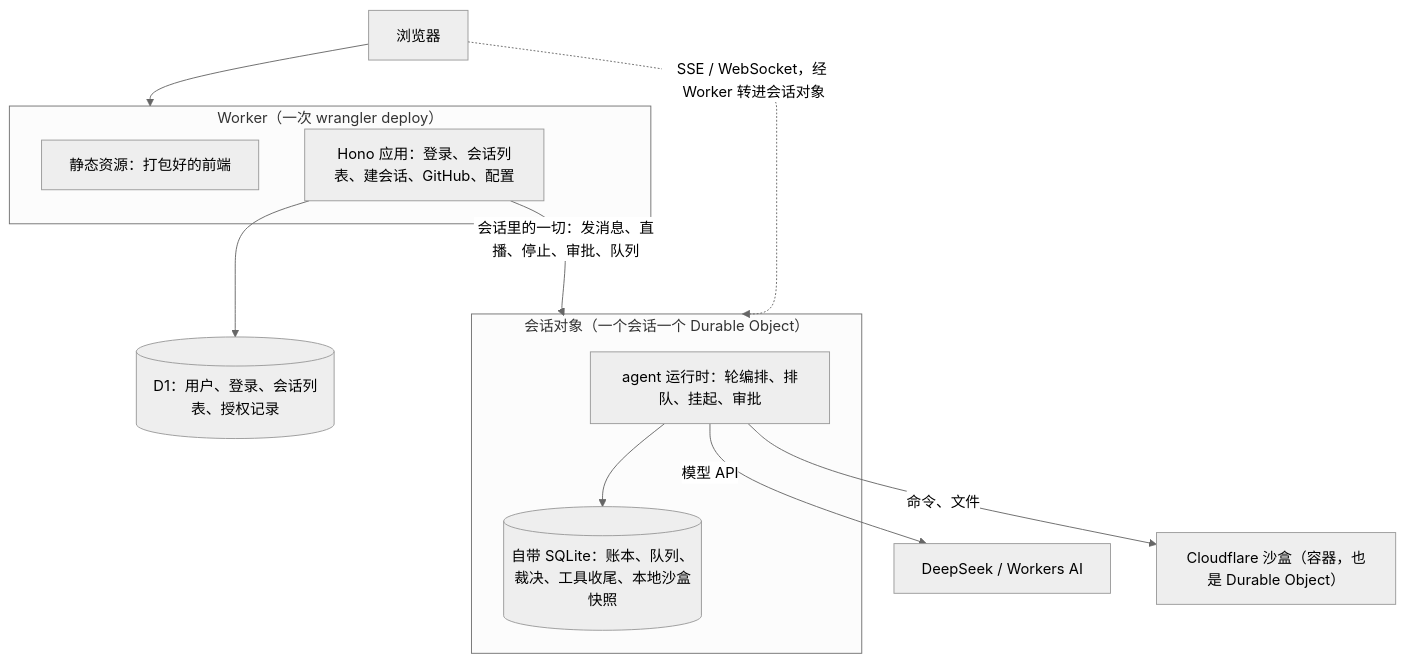
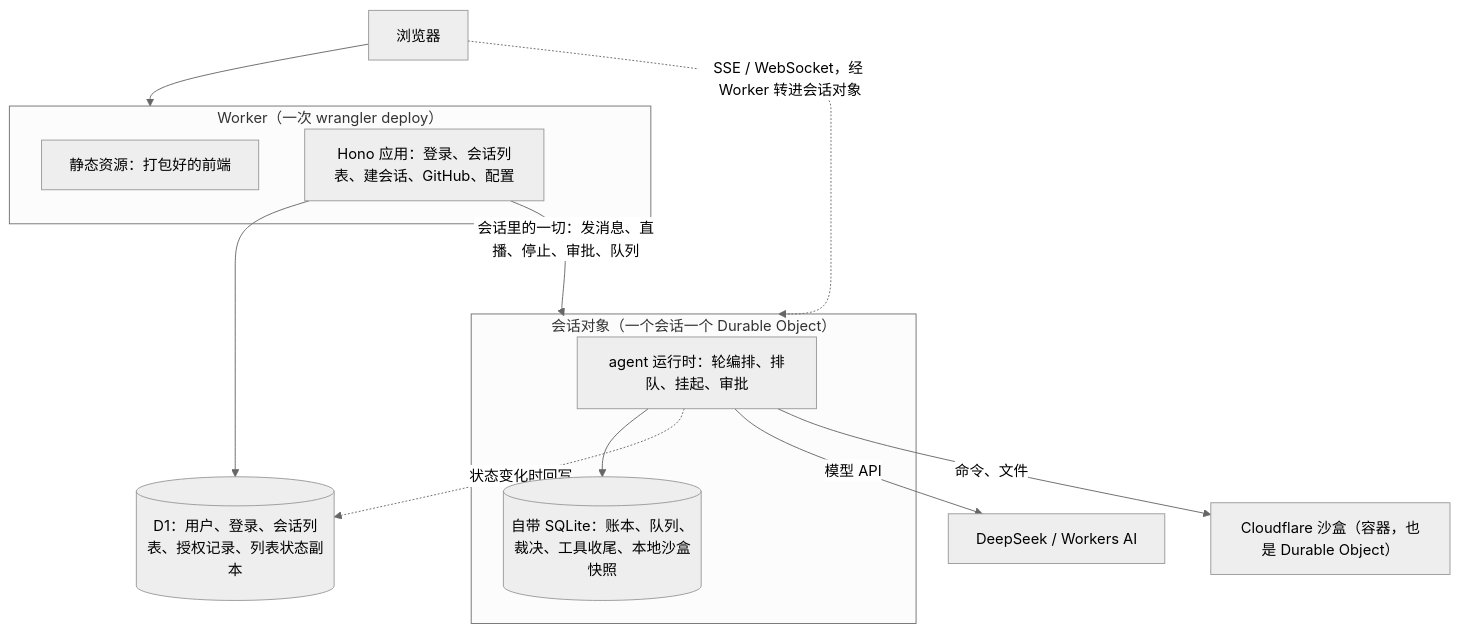
The first of 5 diagrams in docs/host/cloudflare/tech/chat-on-cloudflare.md (ludafa/runko), drawn with Mermaid (neutral theme) before and after one commit. The commit also changed other lines of this file and 5 other files, not shown here.

````diff
--- a/docs/host/cloudflare/tech/chat-on-cloudflare.md
+++ b/docs/host/cloudflare/tech/chat-on-cloudflare.md
@@ -20,18 +20,19 @@
 ```mermaid
 flowchart TB
   browser["浏览器"] --> worker
   subgraph worker["Worker（一次 wrangler deploy）"]
     assets["静态资源：打包好的前端"]
     app["Hono 应用：登录、会话列表、建会话、GitHub、配置"]
   end
-  app --> d1[("D1：用户、登录、会话列表、授权记录")]
+  app --> d1[("D1：用户、登录、会话列表、授权记录、列表状态副本")]
   app -->|"会话里的一切：发消息、直播、停止、审批、队列"| co
   subgraph co["会话对象（一个会话一个 Durable Object）"]
     runtime["agent 运行时：轮编排、排队、挂起、审批"]
     sql[("自带 SQLite：账本、队列、裁决、工具收尾、本地沙盒快照")]
   end
   runtime --> sql
+  runtime -.->|"状态变化时回写"| d1
   runtime -->|模型 API| model["DeepSeek / Workers AI"]
   runtime -->|命令、文件| sandbox["Cloudflare 沙盒（容器，也是 Durable Object）"]
   browser -.->|"SSE / WebSocket，经 Worker 转进会话对象"| co
 ```
````
